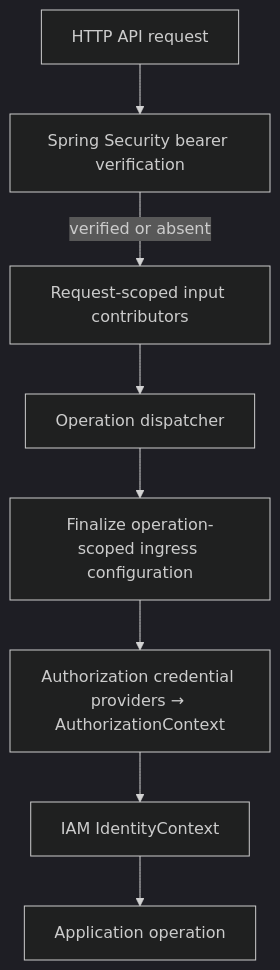
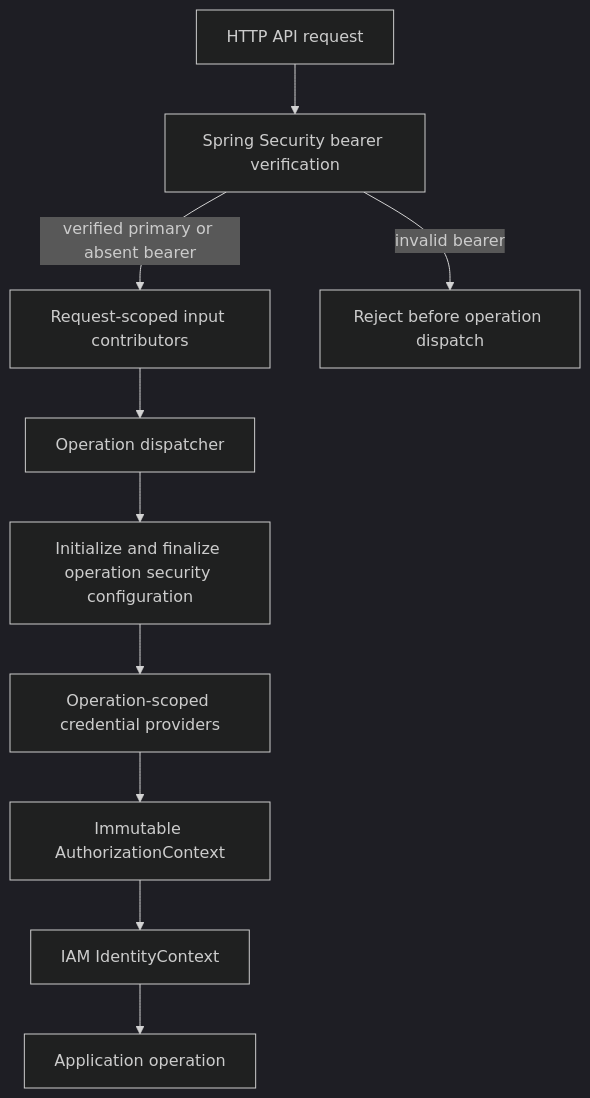
Before and after one commit to frederik-hoeft/min-favs-sharewise: the second of 2 diagrams in docs/architecture/authorization.md, drawn with Mermaid (dark theme). The commit also changed other lines of this file and 1 other file, not shown here.

Commit message:
P2.1.0-E: Clarify credential architecture and preserve attestation design

````diff
--- a/docs/architecture/authorization.md
+++ b/docs/architecture/authorization.md
@@ -33,10 +73,12 @@
 ```mermaid
 flowchart TB
-    Client["HTTP API request"] --> Verify["Spring Security bearer verification"]
-    Verify -->|"verified or absent"| Request["Request-scoped input contributors"]
-    Request --> Dispatch["Operation dispatcher"]
-    Dispatch --> Config["Finalize operation-scoped ingress configuration"]
-    Config --> Evidence["Authorization credential providers → AuthorizationContext"]
+    Request["HTTP API request"] --> Verify["Spring Security bearer verification"]
+    Verify -->|"verified primary or absent bearer"| Contributors["Request-scoped input contributors"]
+    Verify -->|"invalid bearer"| Rejected["Reject before operation dispatch"]
+    Contributors --> Dispatcher["Operation dispatcher"]
+    Dispatcher --> Config["Initialize and finalize operation security configuration"]
+    Config --> Providers["Operation-scoped credential providers"]
+    Providers --> Evidence["Immutable AuthorizationContext"]
     Evidence --> Identity["IAM IdentityContext"]
     Identity --> Service["Application operation"]
 ```
````
